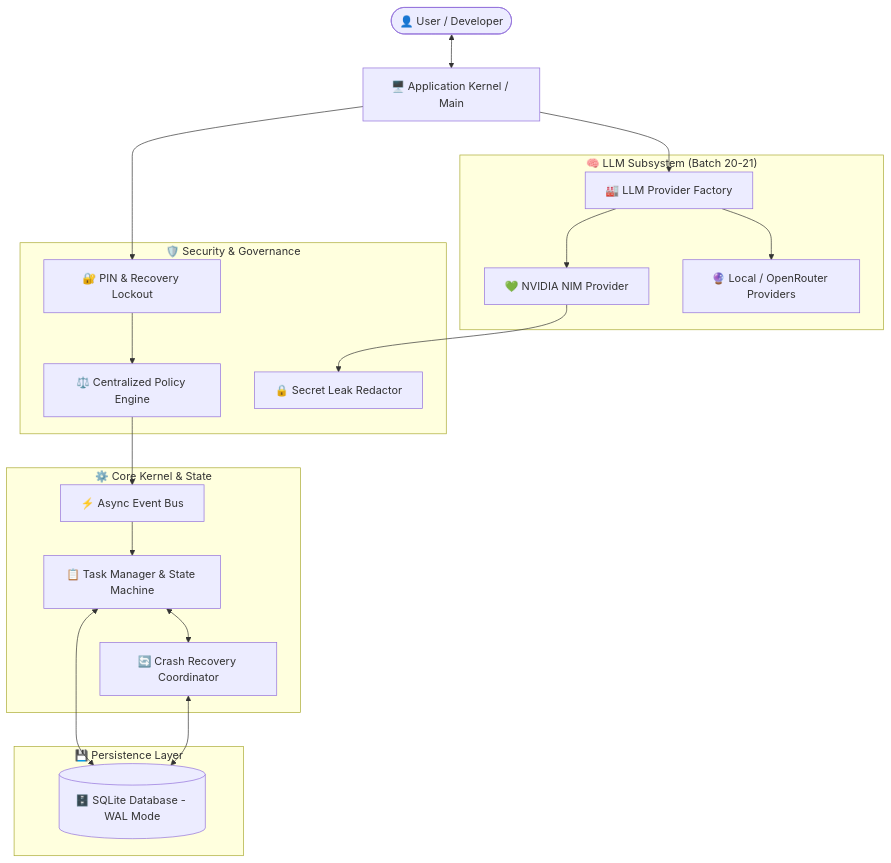
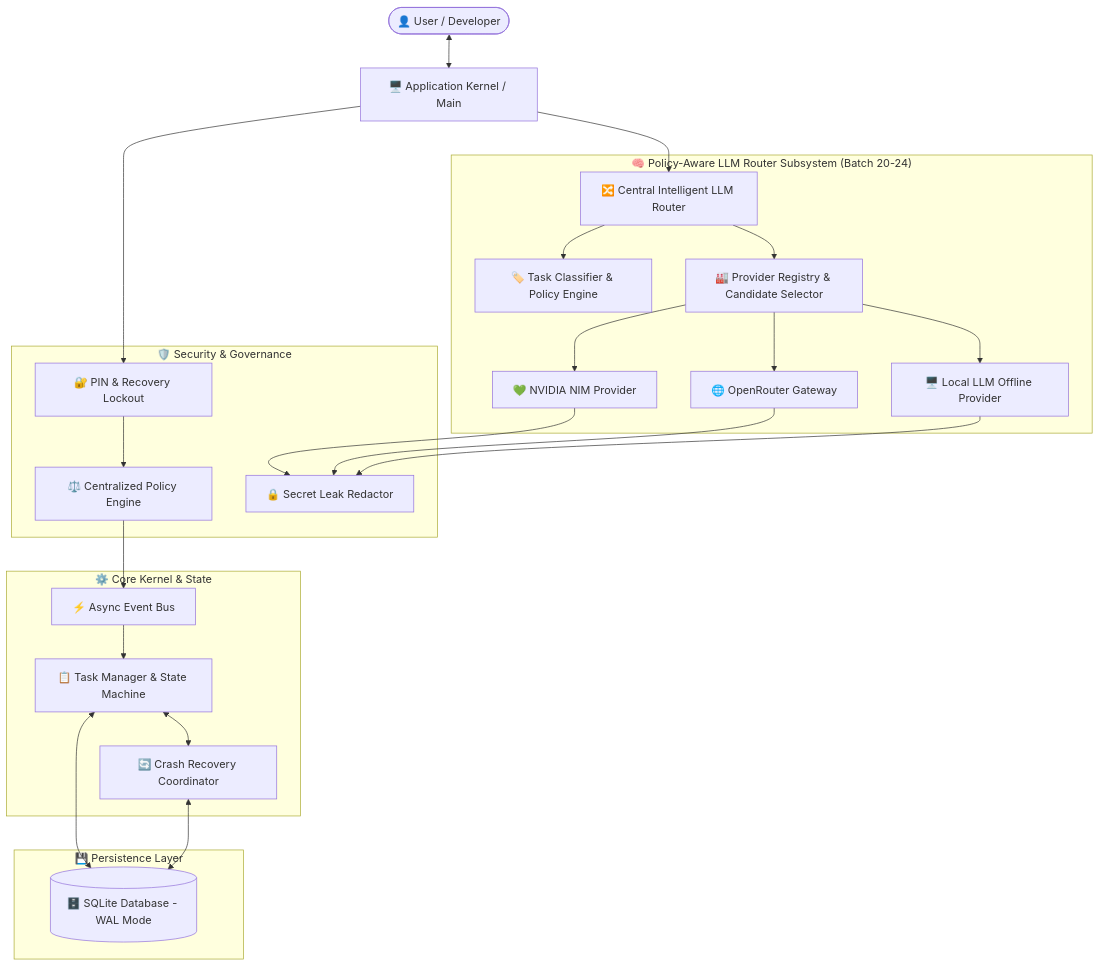
Before and after one commit to Bhuvaneshkumar1/Jarvis: the diagram in README.md, drawn with Mermaid. The commit also changed other lines of this file and 23 other files, not shown here.

Commit message:
feat(batch-24): implement intelligent LLM router and provider fallback

````diff
--- a/README.md
+++ b/README.md
@@ -65,38 +66,46 @@
 ```mermaid
 flowchart TD
     User([👤 User / Developer]) <--> CLI[🖥️ Application Kernel / Main]
     
     subgraph Security ["🛡️ Security & Governance"]
         Auth[🔐 PIN & Recovery Lockout]
         Policy[⚖️ Centralized Policy Engine]
         Redact[🔒 Secret Leak Redactor]
     end
 
-    subgraph LLM ["🧠 LLM Subsystem (Batch 20-21)"]
-        Factory[🏭 LLM Provider Factory]
+    subgraph LLM ["🧠 Policy-Aware LLM Router Subsystem (Batch 20-24)"]
+        Router[🔀 Central Intelligent LLM Router]
+        Class[🏷️ Task Classifier & Policy Engine]
+        Factory[🏭 Provider Registry & Candidate Selector]
         NV[💚 NVIDIA NIM Provider]
-        Other[🔮 Local / OpenRouter Providers]
+        OR[🌐 OpenRouter Gateway]
+        Local[🖥️ Local LLM Offline Provider]
     end
 
     subgraph Core ["⚙️ Core Kernel & State"]
         Bus[⚡ Async Event Bus]
         TM[📋 Task Manager & State Machine]
         Rec[🔄 Crash Recovery Coordinator]
     end
 
     subgraph Storage ["💾 Persistence Layer"]
         DB[(🗄️ SQLite Database - WAL Mode)]
     end
 
     CLI --> Auth
     Auth --> Policy
     Policy --> Bus
     Bus --> TM
     TM <--> Rec
     TM <--> DB
     Rec <--> DB
-    CLI --> Factory
+    CLI --> Router
+    Router --> Class
+    Router --> Factory
     Factory --> NV
-    Factory --> Other
+    Factory --> OR
+    Factory --> Local
     NV --> Redact
+    OR --> Redact
+    Local --> Redact
 ```
````
